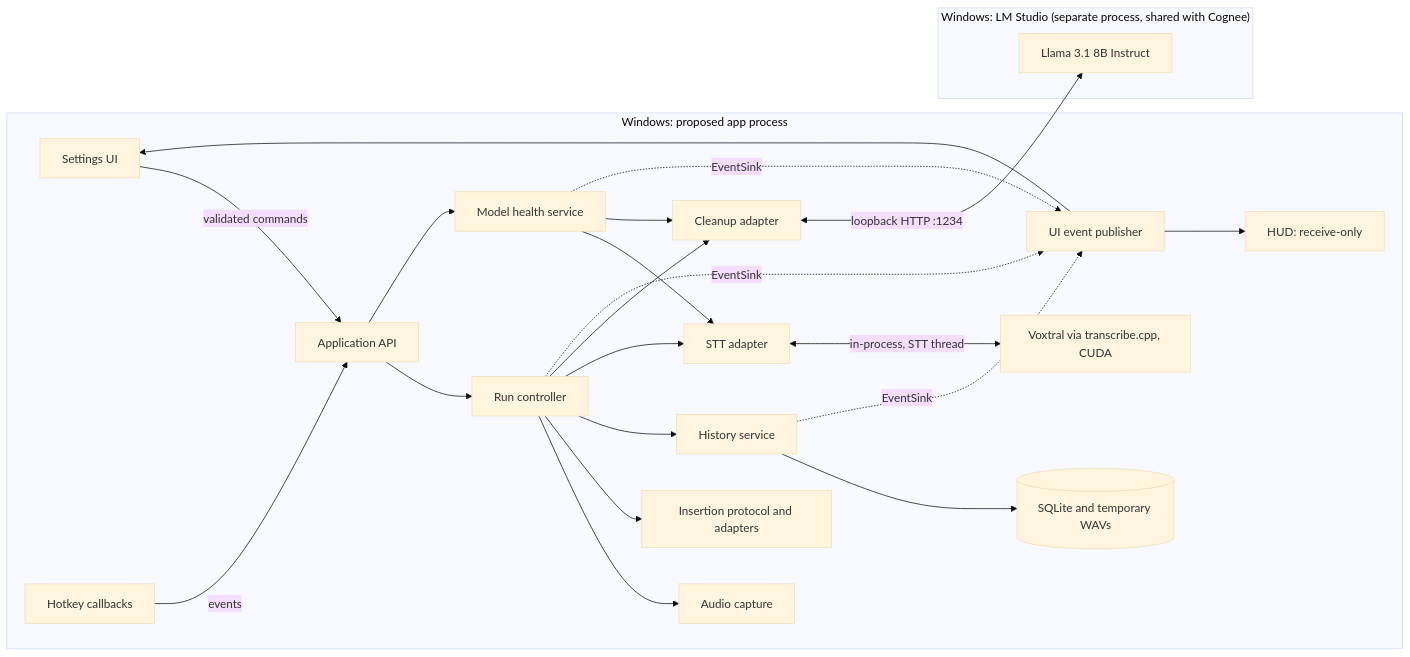
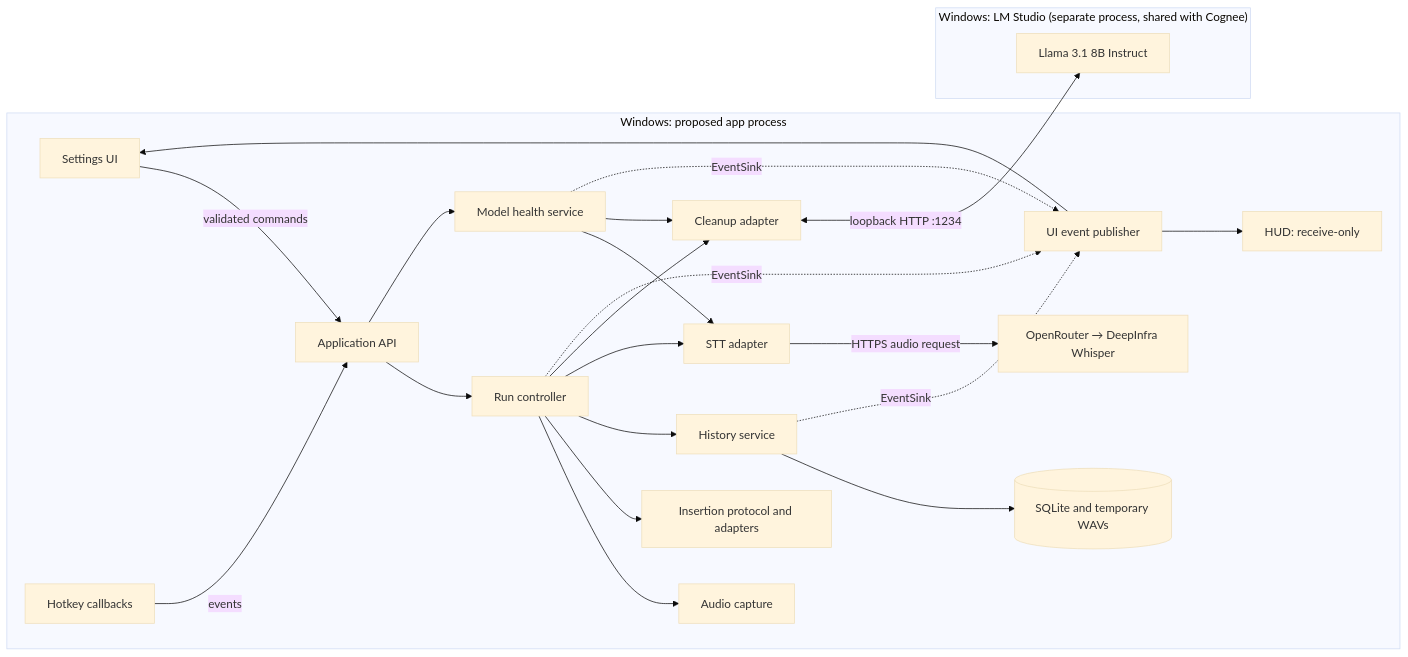
One commit to June74/wispr_clone changed the diagram in backend_dev/CODEMAP.md. Above: the diagram before and after it, drawn with Mermaid (base theme). The commit also changed other lines of this file and 30 other files, not shown here.

First line of the commit message:
feat(cloud-stt): Whisper Large v3 Turbo via OpenRouter (DeepInfra), DPAPI-stored API key (#35)

````diff
--- a/backend_dev/CODEMAP.md
+++ b/backend_dev/CODEMAP.md
@@ -39,27 +39,27 @@
 ```mermaid
 flowchart LR
   subgraph Windows["Windows: proposed app process"]
     UI[Settings UI] -->|validated commands| API[Application API]
     Hooks[Hotkey callbacks] -->|events| API
     API --> Run[Run controller]
     API --> Health[Model health service]
     Run --> Audio[Audio capture]
     Run --> Insert[Insertion protocol and adapters]
     Run --> History[History service]
     History --> DB[(SQLite and temporary WAVs)]
     Run --> STT[STT adapter]
-    STT <-->|in-process, STT thread| Vox[Voxtral via transcribe.cpp, CUDA]
+    STT -->|HTTPS audio request| Cloud[OpenRouter → DeepInfra Whisper]
     Run --> Clean[Cleanup adapter]
     Health --> STT
     Health --> Clean
     Run -.->|EventSink| Events[UI event publisher]
     History -.->|EventSink| Events
     Health -.->|EventSink| Events
     Events --> UI
     Events --> HUD[HUD: receive-only]
   end
   subgraph LMS["Windows: LM Studio (separate process, shared with Cognee)"]
     Llama[Llama 3.1 8B Instruct]
   end
   Clean <-->|loopback HTTP :1234| Llama
 ```
````
